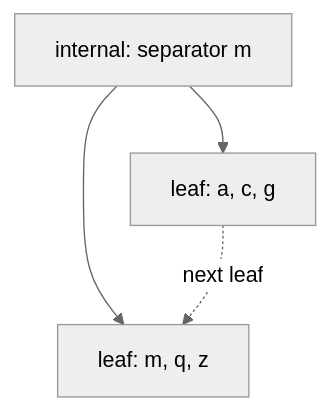
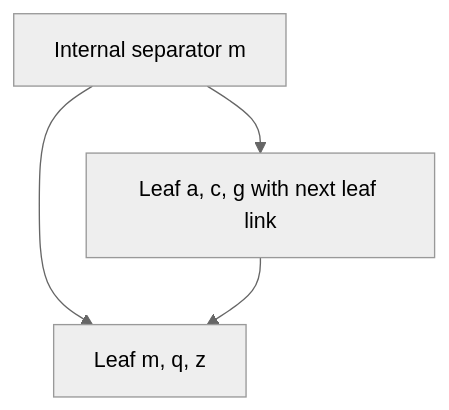
Before and after one commit to JakubOdyssey/AtlasDB: the diagram in docs/btree.md, drawn with Mermaid (neutral theme). The commit also changed 4 other files, not shown here.

Commit message:
Simplify Mermaid diagrams for GitHub rendering

````diff
--- a/docs/btree.md
+++ b/docs/btree.md
@@ -6,6 +6,9 @@
 ```mermaid
 flowchart TD
-    R["internal: separator m"] --> A["leaf: a, c, g"]
-    R --> B["leaf: m, q, z"]
-    A -. next leaf .-> B
+    A["Internal separator m"]
+    B["Leaf a, c, g with next leaf link"]
+    C["Leaf m, q, z"]
+    A --> B
+    A --> C
+    B --> C
 ```
````
